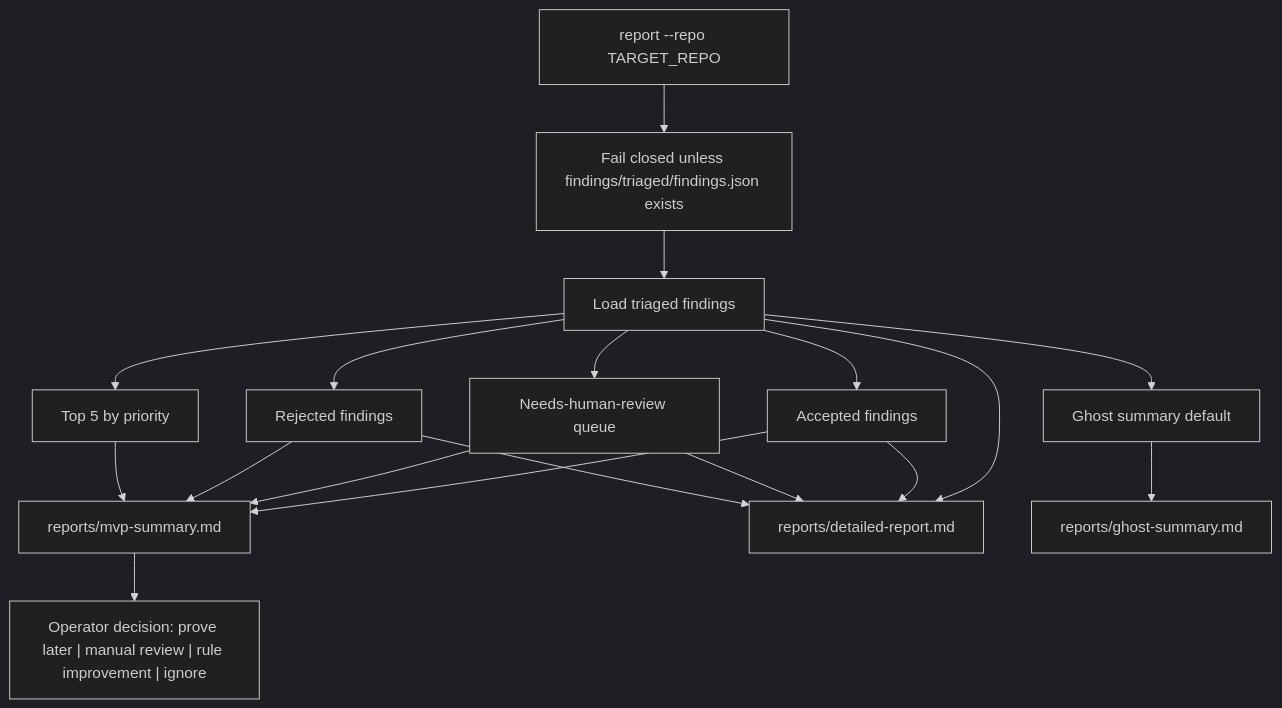
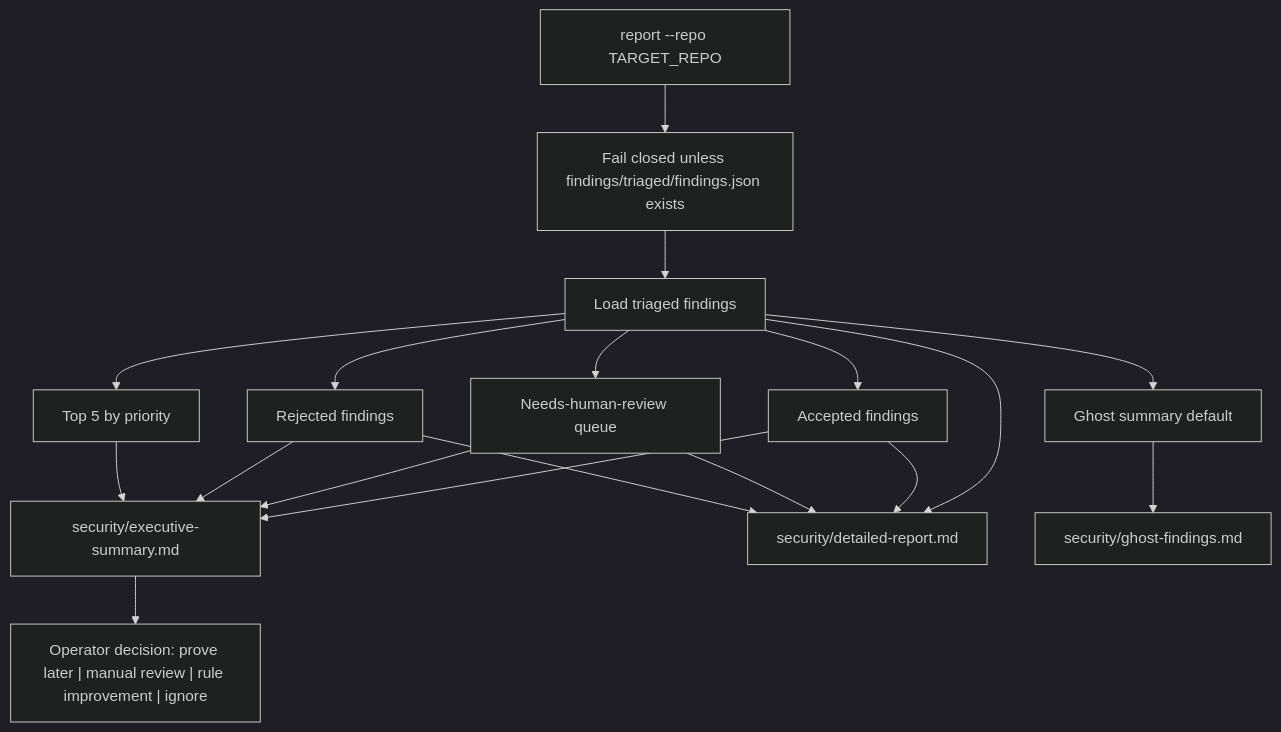
One commit to xfhg/security-agent changed the seventh of 8 diagrams in docs/security-agent-flow.md. Above: the diagram before and after it, drawn with Mermaid (dark theme). The commit also changed other lines of this file and 7 other files, not shown here.

````diff
--- a/docs/security-agent-flow.md
+++ b/docs/security-agent-flow.md
@@ -397,24 +397,24 @@
 ```mermaid
 flowchart TD
   ReportStart["report --repo TARGET_REPO"] --> Guard["Fail closed unless findings/triaged/findings.json exists"]
   Guard --> LoadTriaged["Load triaged findings"]
   LoadTriaged --> Accepted["Accepted findings"]
   LoadTriaged --> Review["Needs-human-review queue"]
   LoadTriaged --> Rejected["Rejected findings"]
   LoadTriaged --> TopRisks["Top 5 by priority"]
 
-  Accepted --> Summary["reports/mvp-summary.md"]
+  Accepted --> Summary["security/executive-summary.md"]
   Review --> Summary
   Rejected --> Summary
   TopRisks --> Summary
 
-  LoadTriaged --> DetailedReport["reports/detailed-report.md"]
+  LoadTriaged --> DetailedReport["security/detailed-report.md"]
   Accepted --> DetailedReport
   Review --> DetailedReport
   Rejected --> DetailedReport
 
   LoadTriaged --> GhostSummaryDecision["Ghost summary default"]
-  GhostSummaryDecision --> GhostSummary["reports/ghost-summary.md"]
+  GhostSummaryDecision --> GhostSummary["security/ghost-findings.md"]
 
   Summary --> OperatorDecision["Operator decision: prove later | manual review | rule improvement | ignore"]
 ```
````
